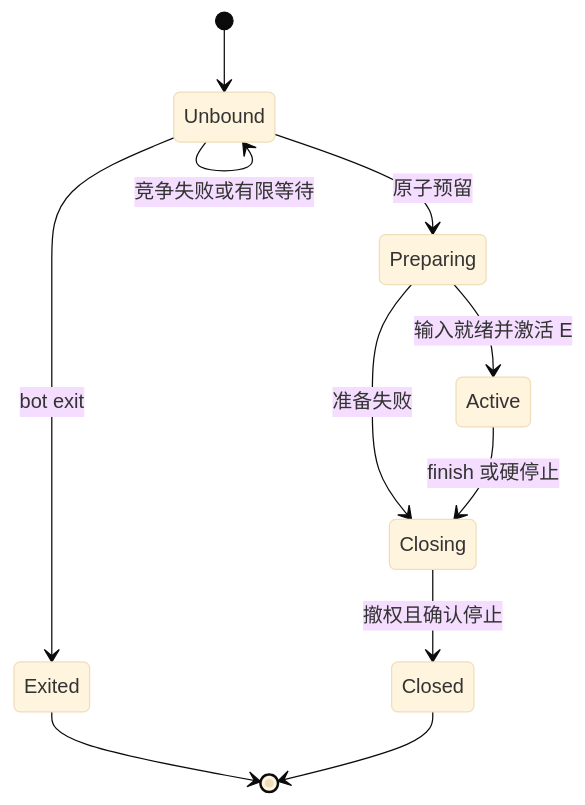
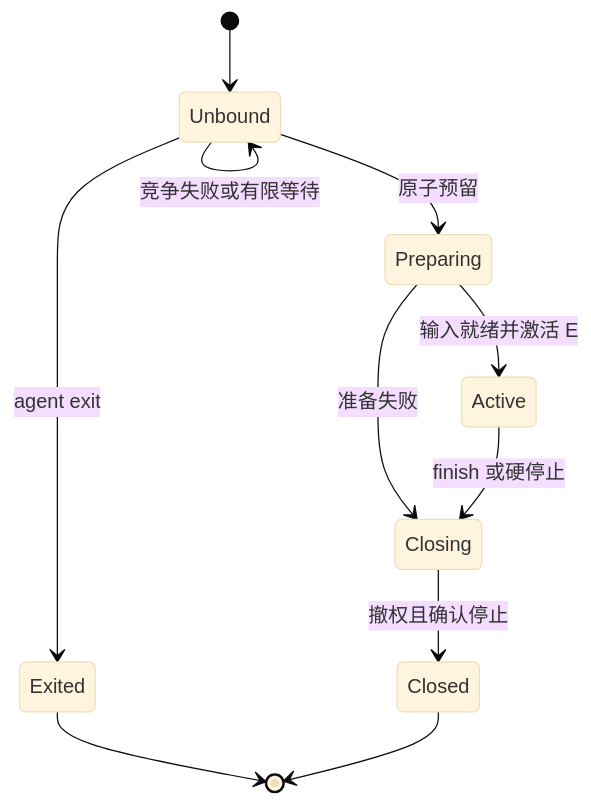
Before and after one commit to LuNa-shi/murm: the second of 2 diagrams in docs/phases/0002-task-material-workspace/01-model-and-runtime.md, drawn with Mermaid (base theme). The commit also changed other lines of this file and 548 other files, not shown here.

````diff
--- a/docs/phases/0002-task-material-workspace/01-model-and-runtime.md
+++ b/docs/phases/0002-task-material-workspace/01-model-and-runtime.md
@@ -123,13 +123,13 @@
 ```mermaid
 stateDiagram-v2
     [*] --> Unbound
     Unbound --> Preparing: 原子预留
     Unbound --> Unbound: 竞争失败或有限等待
-    Unbound --> Exited: bot exit
+    Unbound --> Exited: agent exit
     Preparing --> Active: 输入就绪并激活 E
     Preparing --> Closing: 准备失败
     Active --> Closing: finish 或硬停止
     Closing --> Closed: 撤权且确认停止
     Exited --> [*]
     Closed --> [*]
 ```
````
